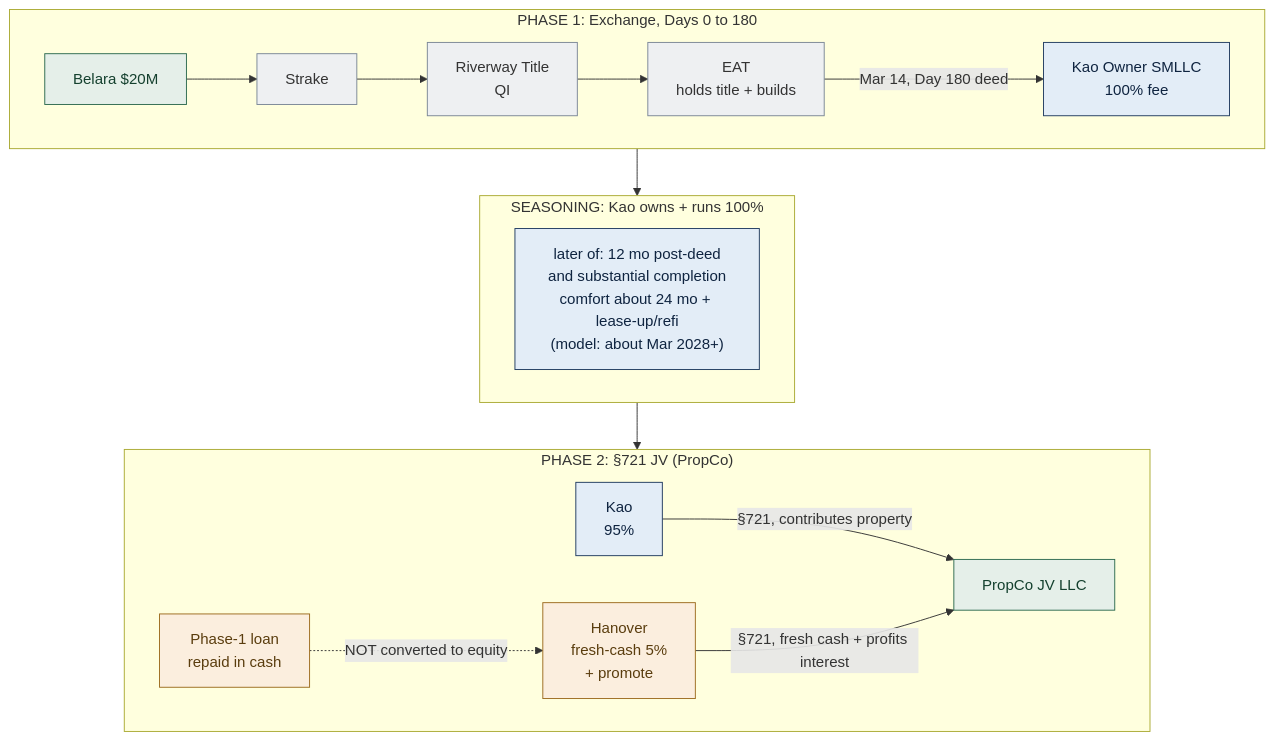
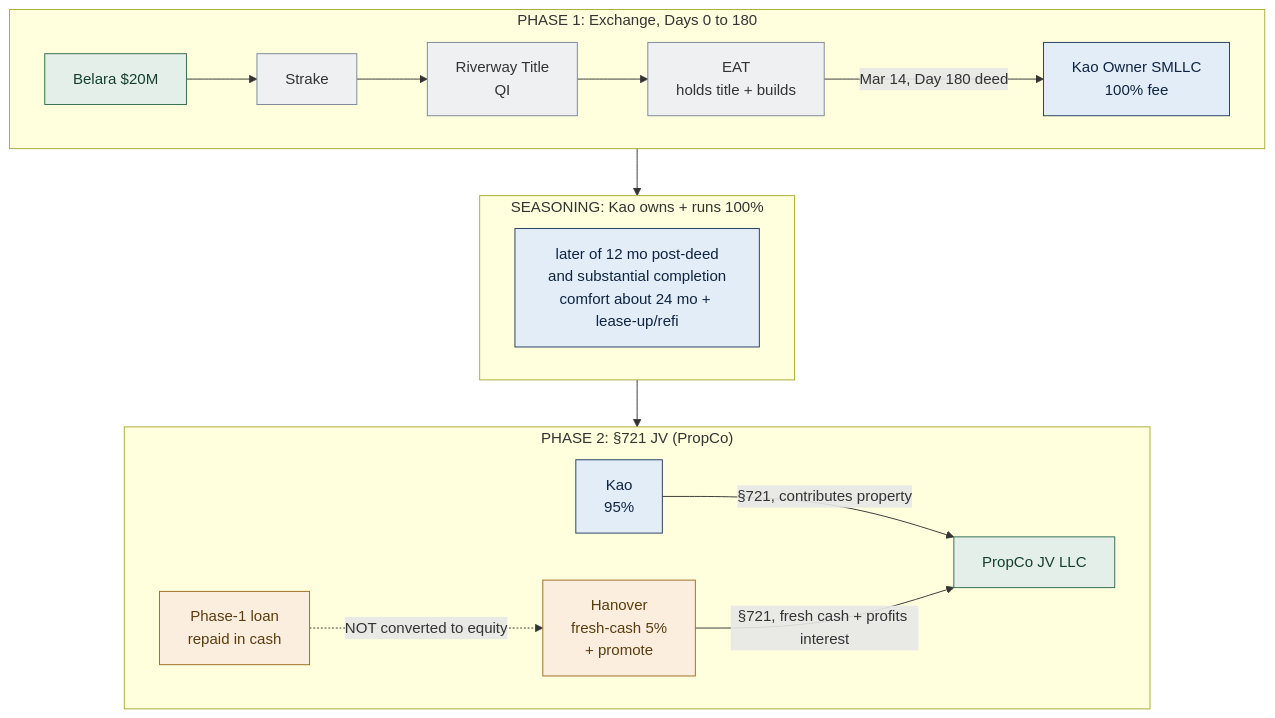
The first of 8 diagrams in North_Forsyth_1031_Diagrams.md (EthanCow/North-Forsyth-1031-Diagrams), drawn with Mermaid before and after one commit. The commit also changed other lines of this file, not shown here.

````diff
--- a/North_Forsyth_1031_Diagrams.md
+++ b/North_Forsyth_1031_Diagrams.md
@@ -123,30 +103,30 @@
 ```mermaid
 flowchart TB
   subgraph P1["PHASE 1: Exchange, Days 0 to 180"]
     Belara["Belara $20M"]:::asset
     SK["Strake"]:::neutral
     QI["Riverway Title\nQI"]:::neutral
     EAT["EAT\nholds title + builds"]:::neutral
     KLLC["Kao Owner SMLLC\n100% fee"]:::kao
     Belara --> SK --> QI
     QI --> EAT
     EAT -->|"Mar 14, Day 180 deed"| KLLC
   end
   subgraph GAP["SEASONING: Kao owns + runs 100%"]
-    G["later of: 12 mo post-deed\nand substantial completion\ncomfort about 24 mo + lease-up/refi\n(model: about Mar 2028+)"]:::kao
+    G["later of 12 mo post-deed\nand substantial completion\ncomfort about 24 mo + lease-up/refi"]:::kao
   end
   subgraph P2["PHASE 2: §721 JV (PropCo)"]
     K2["Kao\n95%"]:::kao
     H["Hanover\nfresh-cash 5%\n+ promote"]:::han
     HL["Phase-1 loan\nrepaid in cash"]:::han
     JV["PropCo JV LLC"]:::asset
     K2 -->|"§721, contributes property"| JV
     H -->|"§721, fresh cash + profits interest"| JV
     HL -.->|"NOT converted to equity"| H
   end
   P1 --> GAP --> P2
   classDef kao fill:#e3edf7,stroke:#1f3a5f,color:#0f2440;
   classDef han fill:#fbeede,stroke:#9c6b1e,color:#5a3d0e;
   classDef neutral fill:#eef0f2,stroke:#7a8696,color:#333;
   classDef asset fill:#e5efe9,stroke:#2d6a4f,color:#14402e;
 ```
````
